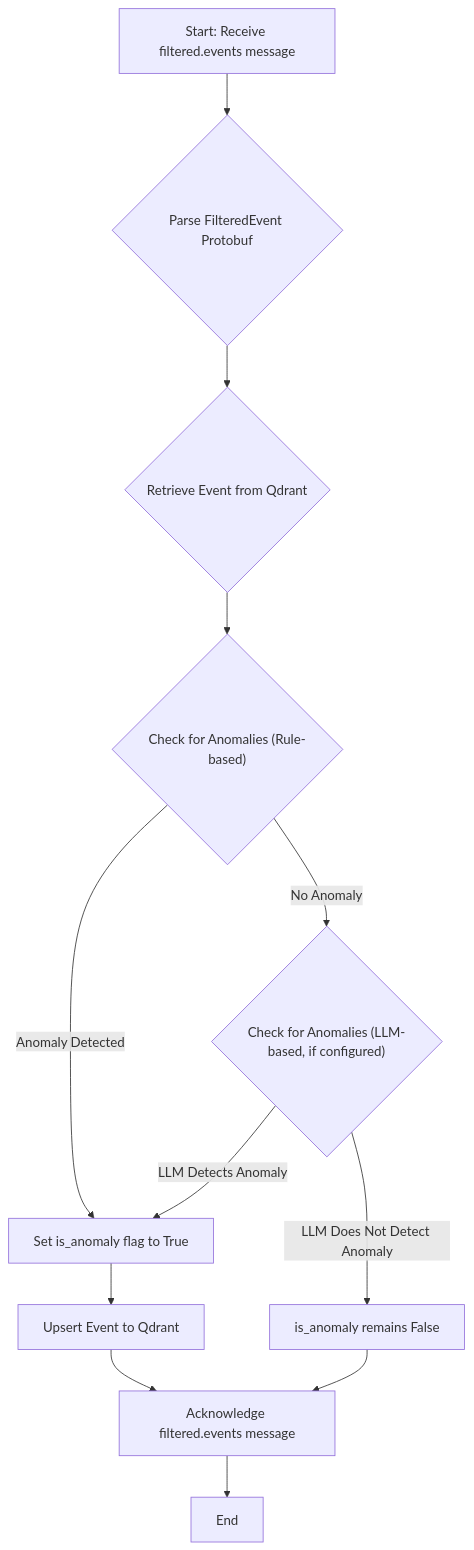
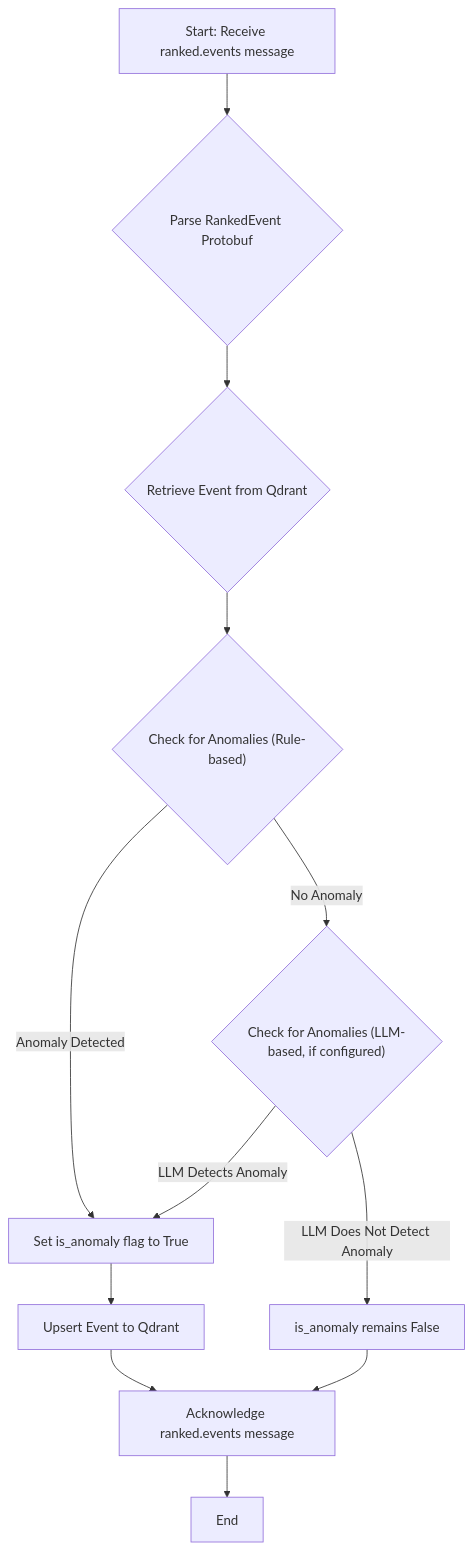
One commit to gsantopaolo/sentinel-AI changed the second of 2 diagrams in docs/inspector.md. Above: the diagram before and after it, drawn with Mermaid. The commit also changed other lines of this file and 8 other files, not shown here.

````diff
--- a/docs/inspector.md
+++ b/docs/inspector.md
@@ -112,14 +132,14 @@
 ```mermaid
 flowchart TD
-    A["Start: Receive filtered.events message"] --> B{"Parse FilteredEvent Protobuf"}
+    A["Start: Receive ranked.events message"] --> B{"Parse RankedEvent Protobuf"}
     B --> C{"Retrieve Event from Qdrant"}
     C --> D{"Check for Anomalies (Rule-based)"}
     D -->|Anomaly Detected| E["Set is_anomaly flag to True"]
     D -->|No Anomaly| F{"Check for Anomalies (LLM-based, if configured)"}
     F -->|LLM Detects Anomaly| E
     F -->|LLM Does Not Detect Anomaly| G["is_anomaly remains False"]
     E --> H["Upsert Event to Qdrant"]
-    G --> I["Acknowledge filtered.events message"]
+    G --> I["Acknowledge ranked.events message"]
     H --> I
     I --> J["End"]
 ```
````
